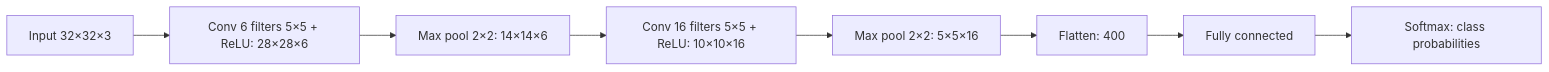
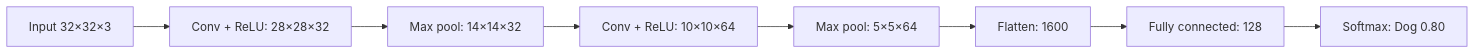
The diagram in content/deep-learning/pyq/2024-05/q2b.hi.mdx (TrendySloth1001/sem-seven-notes), drawn with Mermaid before and after one commit. The commit also changed other lines of this file and 23 other files, not shown here.

````diff
--- a/content/deep-learning/pyq/2024-05/q2b.hi.mdx
+++ b/content/deep-learning/pyq/2024-05/q2b.hi.mdx
@@ -25,11 +13,11 @@
 ```mermaid
-%% caption: CNN ka architecture, har layer ke baad data ka shape (ek 32×32 colour image, do conv blocks). Notice karo size chhota hota hai aur maps ki sankhya badhti hai.
+%% caption: Class ka basic CNN, har step ke baad data ki shape ke saath. Left part features nikalta hai; right part classify karta hai.
 flowchart LR
-  A["Input 32×32×3"] --> B["Conv 6 filters 5×5 + ReLU: 28×28×6"]
-  B --> C["Max pool 2×2: 14×14×6"]
-  C --> D["Conv 16 filters 5×5 + ReLU: 10×10×16"]
-  D --> E["Max pool 2×2: 5×5×16"]
-  E --> F["Flatten: 400"]
-  F --> G["Fully connected"]
-  G --> H["Softmax: class probabilities"]
+  A["Input 32×32×3"] --> B["Conv + ReLU: 28×28×32"]
+  B --> C["Max pool: 14×14×32"]
+  C --> D["Conv + ReLU: 10×10×64"]
+  D --> E["Max pool: 5×5×64"]
+  E --> F["Flatten: 1600"]
+  F --> G["Fully connected: 128"]
+  G --> H["Softmax: Dog 0.80"]
 ```
````
